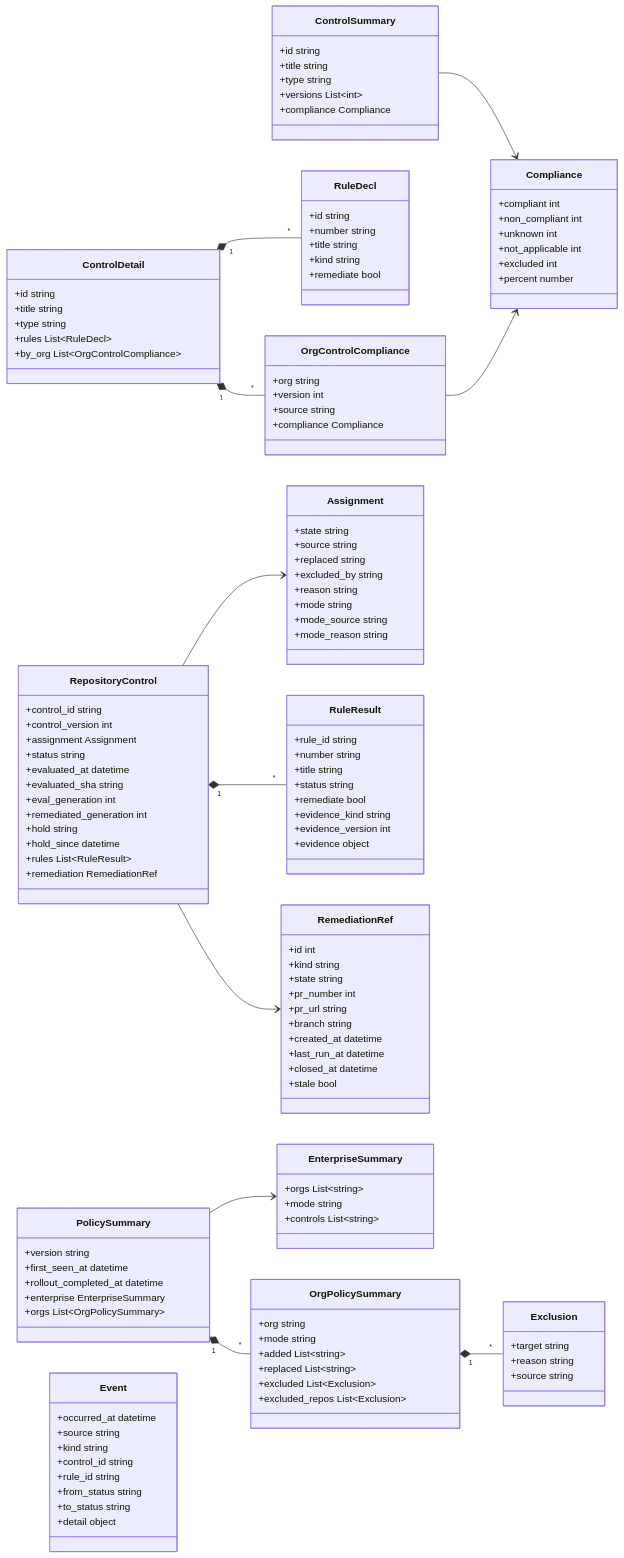
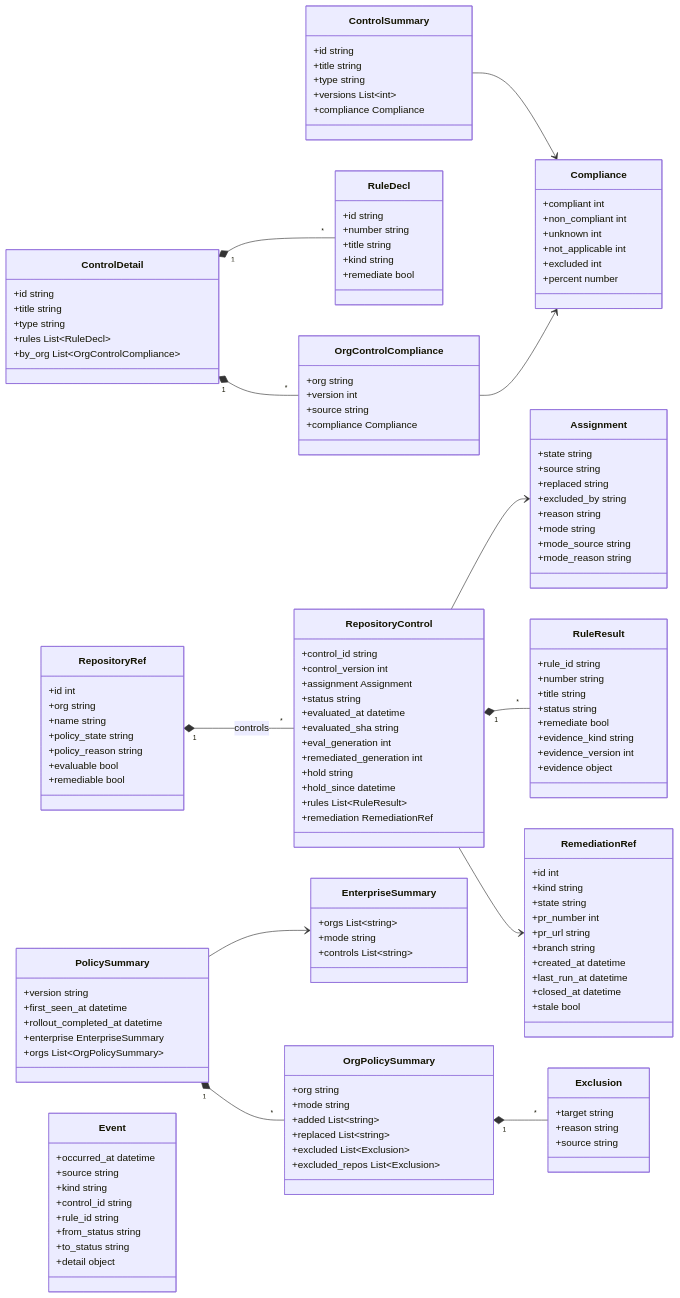
The eighth of 21 diagrams in scripts/controls-redesign-deep-dives.md (donaldgifford/repo-guardian), drawn with Mermaid before and after one commit. The commit also changed other lines of this file and 5 other files, not shown here.

```diff
--- a/scripts/controls-redesign-deep-dives.md
+++ b/scripts/controls-redesign-deep-dives.md
@@ -741,6 +759,15 @@
         +version int
         +source string
         +compliance Compliance
+    }
+    class RepositoryRef {
+        +id int
+        +org string
+        +name string
+        +policy_state string
+        +policy_reason string
+        +evaluable bool
+        +remediable bool
     }
     class RepositoryControl {
         +control_id string
@@ -827,6 +854,7 @@
     ControlDetail "1" *-- "*" OrgControlCompliance
     ControlSummary --> Compliance
     OrgControlCompliance --> Compliance
+    RepositoryRef "1" *-- "*" RepositoryControl : controls
     RepositoryControl --> Assignment
     RepositoryControl "1" *-- "*" RuleResult
     RepositoryControl --> RemediationRef
```
